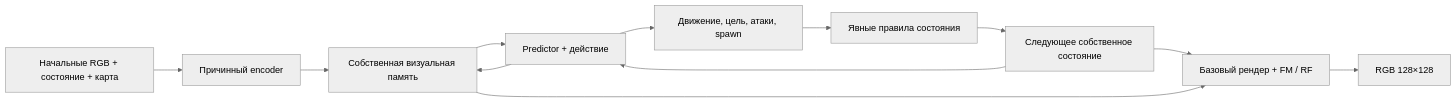
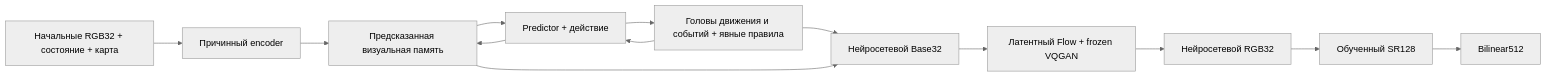
Before and after one commit to collateraris/TurkeyWorld: the diagram in README_RU.md, drawn with Mermaid (neutral theme). The commit also changed other lines of this file and 30 other files, not shown here.

````diff
--- a/README_RU.md
+++ b/README_RU.md
@@ -101,14 +184,15 @@
 ```mermaid
 flowchart LR
-    I["Начальные RGB + состояние + карта"] --> E["Причинный encoder"]
-    E --> M["Собственная визуальная память"]
-    M --> P["Predictor + действие"]
-    P --> H["Движение, цель, атаки, spawn"]
-    H --> S["Явные правила состояния"]
-    S --> N["Следующее собственное состояние"]
-    N --> P
+    I[Начальные RGB32 + состояние + карта] --> E[Причинный encoder]
+    E --> M[Предсказанная визуальная память]
+    M --> P[Predictor + действие]
+    P --> S[Головы движения и событий + явные правила]
+    S --> P
     P --> M
-    N --> R["Базовый рендер + FM / RF"]
-    M --> R
-    R --> RGB["RGB 128×128"]
+    S --> B[Нейросетевой Base32]
+    M --> B
+    B --> F[Латентный Flow + frozen VQGAN]
+    F --> R[Нейросетевой RGB32]
+    R --> SR[Обученный SR128]
+    SR --> D[Bilinear512]
 ```
````
